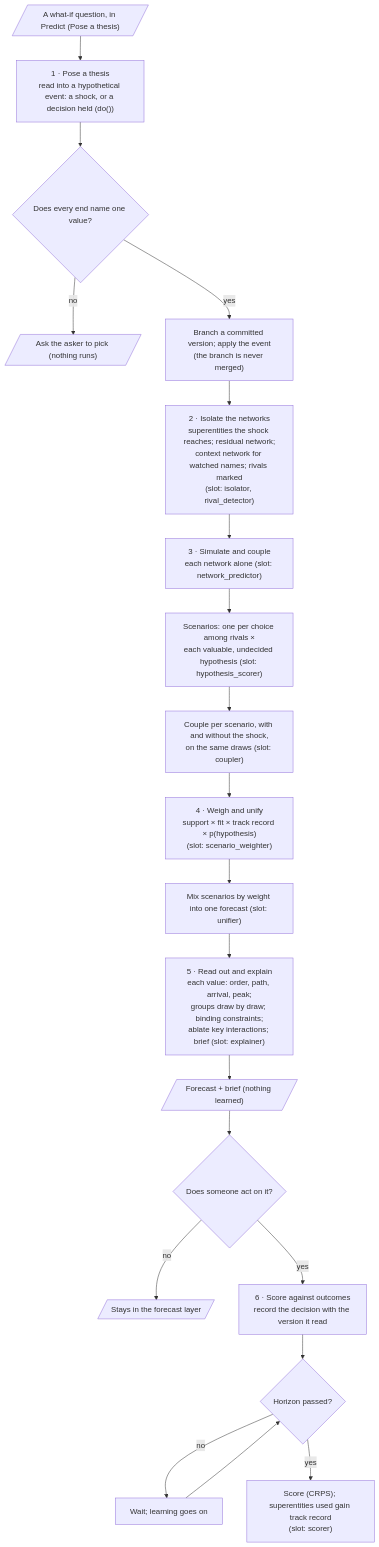
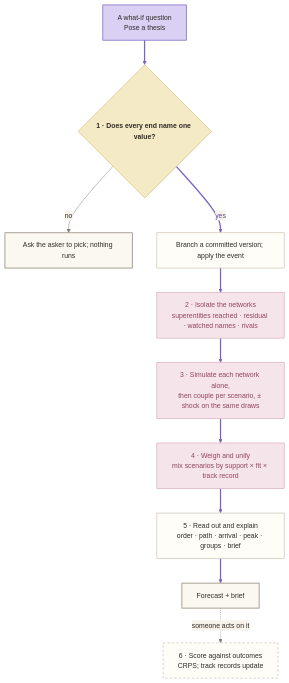
Before and after one commit to Axelrod-AI-Engineering/world-model: the fourth of 7 diagrams in docs/design/architecture.md, drawn with Mermaid. The commit also changed other lines of this file and 17 other files, not shown here.

First line of the commit message:
Diagrams in the app's flowchart style, with the happy path in purple; leaner design docs

````diff
--- a/docs/design/architecture.md
+++ b/docs/design/architecture.md
@@ -129,21 +160,24 @@
 ```mermaid
+%% style: begin (scripts/docs/style_mermaid.py)
+%%{init: {"theme": "base", "themeVariables": {"fontSize": "14px", "primaryColor": "#FFFDF8", "primaryBorderColor": "#C9BFAF", "primaryTextColor": "#2F2A25", "lineColor": "#857C70", "textColor": "#2F2A25", "secondaryColor": "#F7F2EA", "tertiaryColor": "#FBF8F2", "edgeLabelBackground": "#F7F2EA", "clusterBkg": "#F7F2EA", "clusterBorder": "#E4DACB", "titleColor": "#665E54"}}}%%
+%% style: end
 flowchart TD
-  Q[/"A what-if question, in Predict (Pose a thesis)"/] --> RD["1 · Pose a thesis<br/>read into a hypothetical event: a shock, or a decision held (do())"]
-  RD --> ONE{"Does every end name one value?"}
-  ONE -- no --> ASK[/"Ask the asker to pick (nothing runs)"/]
-  ONE -- yes --> BR["Branch a committed version; apply the event<br/>(the branch is never merged)"]
-  BR --> ISO["2 · Isolate the networks<br/>superentities the shock reaches; residual network;<br/>context network for watched names; rivals marked<br/>(slot: isolator, rival_detector)"]
-  ISO --> ALONE["3 · Simulate and couple<br/>each network alone (slot: network_predictor)"]
-  ALONE --> SCN["Scenarios: one per choice among rivals ×<br/>each valuable, undecided hypothesis (slot: hypothesis_scorer)"]
-  SCN --> CPL["Couple per scenario, with and without the shock,<br/>on the same draws (slot: coupler)"]
-  CPL --> W["4 · Weigh and unify<br/>support × fit × track record × p(hypothesis)<br/>(slot: scenario_weighter)"]
-  W --> MIX["Mix scenarios by weight into one forecast (slot: unifier)"]
-  MIX --> RO["5 · Read out and explain<br/>each value: order, path, arrival, peak;<br/>groups draw by draw; binding constraints;<br/>ablate key interactions; brief (slot: explainer)"]
-  RO --> FC[/"Forecast + brief (nothing learned)"/]
-  FC --> ACT{"Does someone act on it?"}
-  ACT -- no --> END[/"Stays in the forecast layer"/]
-  ACT -- yes --> REC["6 · Score against outcomes<br/>record the decision with the version it read"]
-  REC --> HZ{"Horizon passed?"}
-  HZ -- no --> WAIT["Wait; learning goes on"] --> HZ
-  HZ -- yes --> SC["Score (CRPS); superentities used gain track record<br/>(slot: scorer)"]
+  Q["A what-if question<br/>Pose a thesis"]:::start ==> ONE{"1 · Does every end name one value?"}:::check
+  ONE -->|no| ASK["Ask the asker to pick; nothing runs"]:::done
+  ONE ==>|yes| BR["Branch a committed version; apply the event"]:::step
+  BR ==> ISO["2 · Isolate the networks<br/>superentities reached · residual · watched names · rivals"]:::both
+  ISO ==> SIM["3 · Simulate each network alone,<br/>then couple per scenario, ± shock on the same draws"]:::both
+  SIM ==> MIX["4 · Weigh and unify<br/>mix scenarios by support × fit × track record"]:::both
+  MIX ==> RO["5 · Read out and explain<br/>order · path · arrival · peak · groups · brief"]:::step
+  RO ==> FC["Forecast + brief"]:::done
+  FC -.->|someone acts on it| SC["6 · Score against outcomes<br/>CRPS; track records update"]:::opt
+  %% style: classes and happy path
+  classDef start fill:#DAD0F4,stroke:#7C64C4,stroke-width:1.5px,color:#2F2A25
+  classDef step fill:#FFFDF8,stroke:#C9BFAF,stroke-width:1.3px,color:#2F2A25
+  classDef opt fill:#FFFDF8,stroke:#C9BFAF,stroke-width:1.3px,stroke-dasharray:5 4,color:#2F2A25
+  classDef check fill:#F5EAC6,stroke:#D2BB72,stroke-width:1.3px,color:#2F2A25,font-weight:600
+  classDef done fill:#FBF8F2,stroke:#93897C,stroke-width:1.6px,color:#2F2A25
+  classDef both fill:#F5E4E9,stroke:#D9A9B8,stroke-width:1.3px,color:#93465F
+  linkStyle 0,2,3,4,5,6,7 stroke:#7C64C4,stroke-width:2.6px,color:#5B4A99
+  %% style: end
 ```
````
